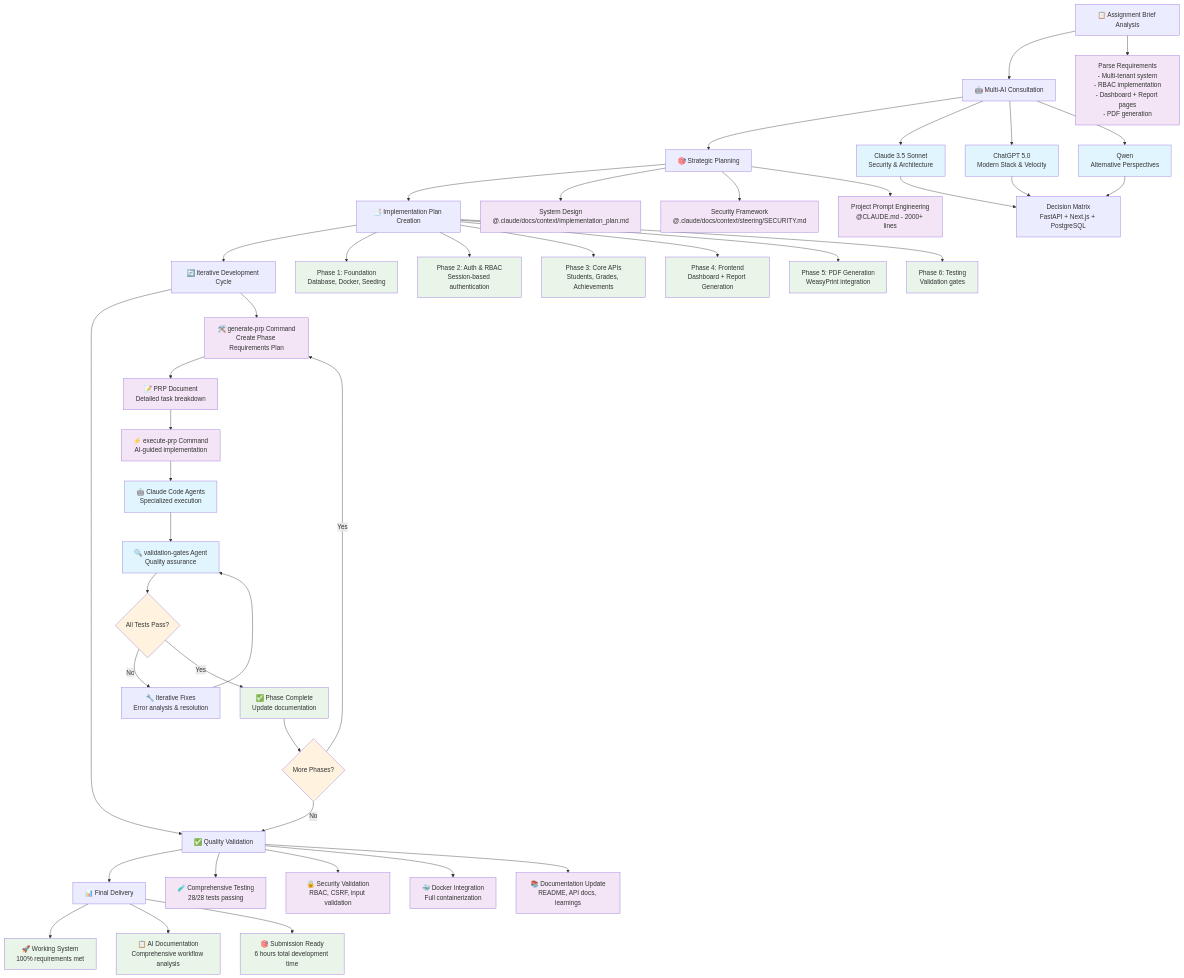
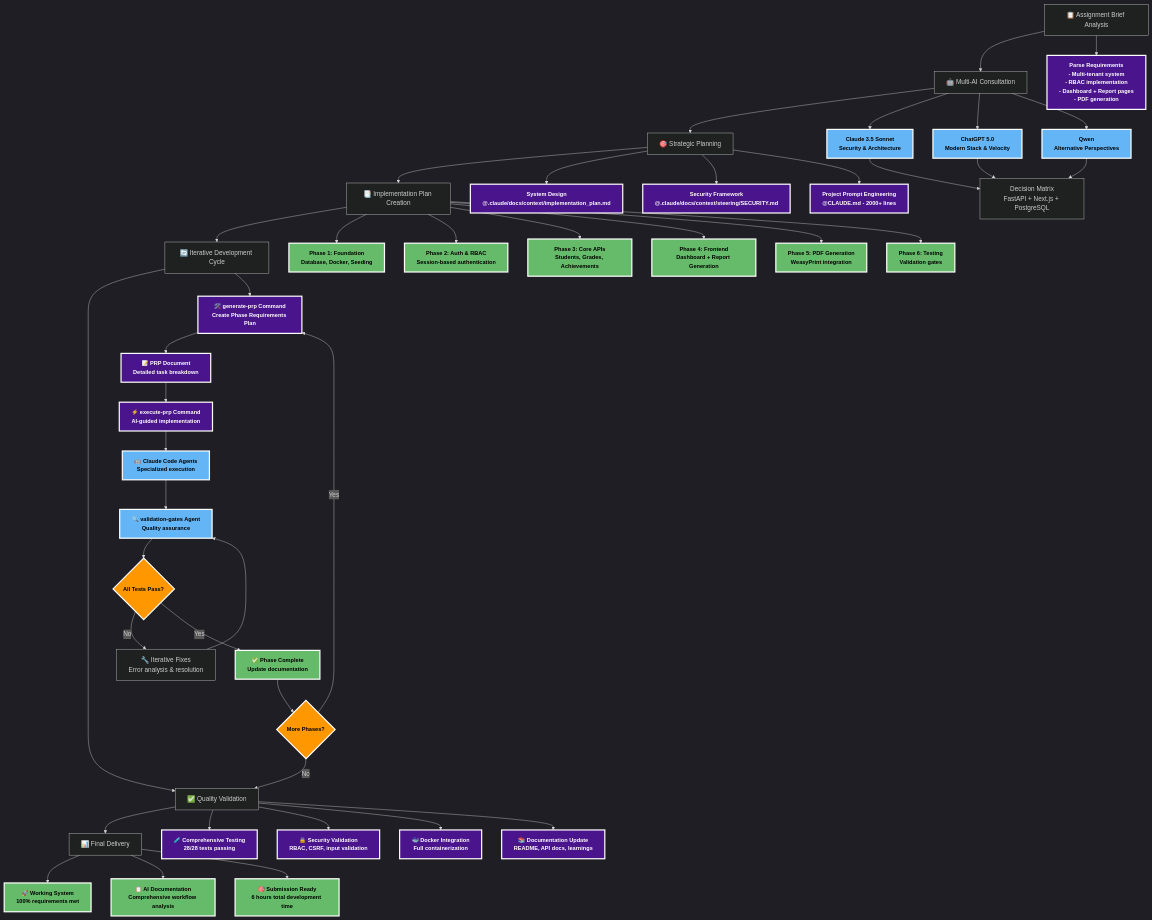
One commit to shiyun-ho/report-card changed the first of 3 diagrams in docs/AI_DEVELOPMENT_DOCUMENTATION.md. Above: the diagram before and after it, drawn with Mermaid. The commit also changed other lines of this file, not shown here.

Commit message:
Improve Mermaid diagram contrast for dark mode
- Enhanced dark mode styling with high contrast colors
- Black text on light backgrounds (blue/green/orange)
- White text on dark backgrounds (purple)
- Increased font weight and size for better readability
- Added white borders with thicker stroke width

🤖 Generated with [Claude Code](https://claude.ai/code)

````diff
--- a/docs/AI_DEVELOPMENT_DOCUMENTATION.md
+++ b/docs/AI_DEVELOPMENT_DOCUMENTATION.md
@@ -12,69 +12,70 @@
 ```mermaid
+%%{init: {'theme':'dark'}}%%
 graph TD
     A[📋 Assignment Brief Analysis] --> B[🤖 Multi-AI Consultation]
     B --> C[🎯 Strategic Planning]
     C --> D[📑 Implementation Plan Creation]
     D --> E[🔄 Iterative Development Cycle]
     E --> F[✅ Quality Validation]
     F --> G[📊 Final Delivery]
 
     %% Phase 1: Requirements Analysis
     A --> A1[Parse Requirements<br/>- Multi-tenant system<br/>- RBAC implementation<br/>- Dashboard + Report pages<br/>- PDF generation]
 
     %% Phase 2: Multi-AI Strategy
     B --> B1[Claude 3.5 Sonnet<br/>Security & Architecture]
     B --> B2[ChatGPT 5.0<br/>Modern Stack & Velocity]  
     B --> B3[Qwen<br/>Alternative Perspectives]
     B1 --> B4[Decision Matrix<br/>FastAPI + Next.js + PostgreSQL]
     B2 --> B4
     B3 --> B4
 
     %% Phase 3: Strategic Planning
     C --> C1[System Design<br/>@.claude/docs/context/implementation_plan.md]
     C --> C2[Security Framework<br/>@.claude/docs/context/steering/SECURITY.md]
     C --> C3[Project Prompt Engineering<br/>@CLAUDE.md - 2000+ lines]
 
     %% Phase 4: Implementation Planning
     D --> D1[Phase 1: Foundation<br/>Database, Docker, Seeding]
     D --> D2[Phase 2: Auth & RBAC<br/>Session-based authentication]
     D --> D3[Phase 3: Core APIs<br/>Students, Grades, Achievements]
     D --> D4[Phase 4: Frontend<br/>Dashboard + Report Generation]
     D --> D5[Phase 5: PDF Generation<br/>WeasyPrint integration]
     D --> D6[Phase 6: Testing<br/>Validation gates]
 
     %% Phase 5: Iterative Development
     E --> E1[🛠️ generate-prp Command<br/>Create Phase Requirements Plan]
     E1 --> E2[📝 PRP Document<br/>Detailed task breakdown]
     E2 --> E3[⚡ execute-prp Command<br/>AI-guided implementation]
     E3 --> E4[🤖 Claude Code Agents<br/>Specialized execution]
     E4 --> E5[🔍 validation-gates Agent<br/>Quality assurance]
     E5 --> E6{All Tests Pass?}
     E6 -->|No| E7[🔧 Iterative Fixes<br/>Error analysis & resolution]
     E7 --> E5
     E6 -->|Yes| E8[✅ Phase Complete<br/>Update documentation]
     E8 --> E9{More Phases?}
     E9 -->|Yes| E1
     E9 -->|No| F
 
     %% Phase 6: Quality Validation
     F --> F1[🧪 Comprehensive Testing<br/>28/28 tests passing]
     F --> F2[🔒 Security Validation<br/>RBAC, CSRF, input validation]
     F --> F3[🐳 Docker Integration<br/>Full containerization]
     F --> F4[📚 Documentation Update<br/>README, API docs, learnings]
 
     %% Phase 7: Delivery
     G --> G1[🚀 Working System<br/>100% requirements met]
     G --> G2[📋 AI Documentation<br/>Comprehensive workflow analysis]
     G --> G3[🎯 Submission Ready<br/>6 hours total development time]
 
-    %% Styling
-    classDef aiTool fill:#e1f5fe
-    classDef process fill:#f3e5f5
-    classDef output fill:#e8f5e8
-    classDef decision fill:#fff3e0
+    %% Dark mode styling with high contrast
+    classDef aiTool fill:#64b5f6,stroke:#ffffff,stroke-width:3px,color:#000000,font-weight:bold,font-size:14px
+    classDef process fill:#4a148c,stroke:#ffffff,stroke-width:3px,color:#ffffff,font-weight:bold,font-size:14px
+    classDef output fill:#66bb6a,stroke:#ffffff,stroke-width:3px,color:#000000,font-weight:bold,font-size:14px
+    classDef decision fill:#ff9800,stroke:#ffffff,stroke-width:3px,color:#000000,font-weight:bold,font-size:14px
 
     class B1,B2,B3,E4,E5 aiTool
     class A1,C1,C2,C3,E1,E2,E3,F1,F2,F3,F4 process
     class D1,D2,D3,D4,D5,D6,E8,G1,G2,G3 output
     class E6,E9 decision
 ```
````
